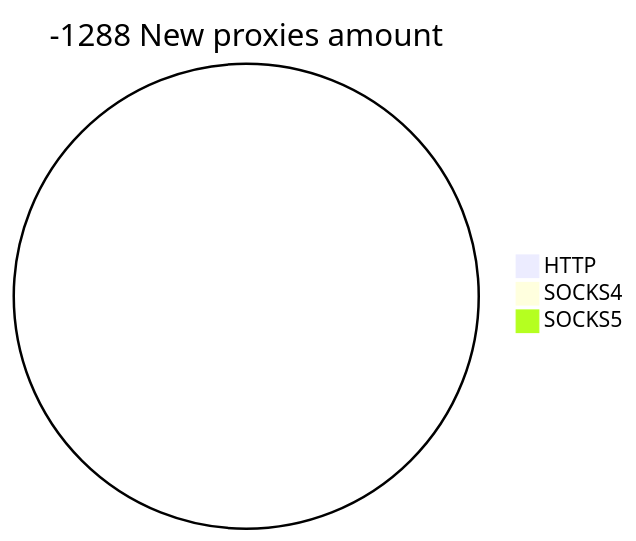
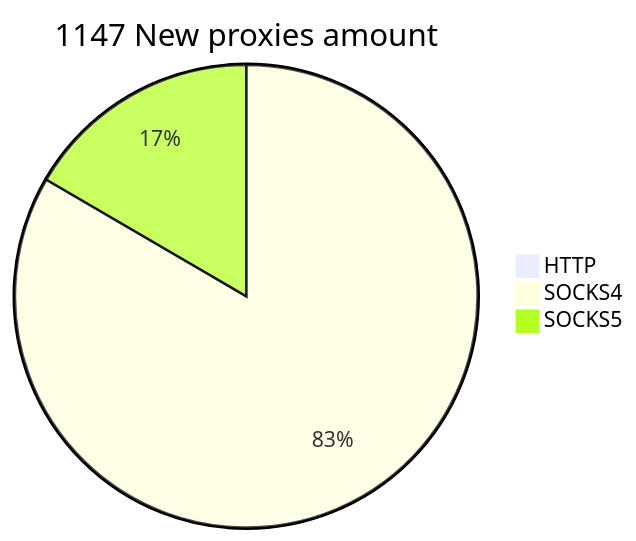
The second of 2 diagrams in README.md (cutipu/proxylist), drawn with Mermaid before and after one commit. The commit also changed other lines of this file, not shown here.

````diff
--- a/README.md
+++ b/README.md
@@ -10,6 +10,6 @@
 ```mermaid
-pie title -1288 New proxies amount
+pie title 1147 New proxies amount
     "HTTP" : 0
-    "SOCKS4" : 0
-    "SOCKS5" : 0
+    "SOCKS4" : 970
+    "SOCKS5" : 193
 ```
````
